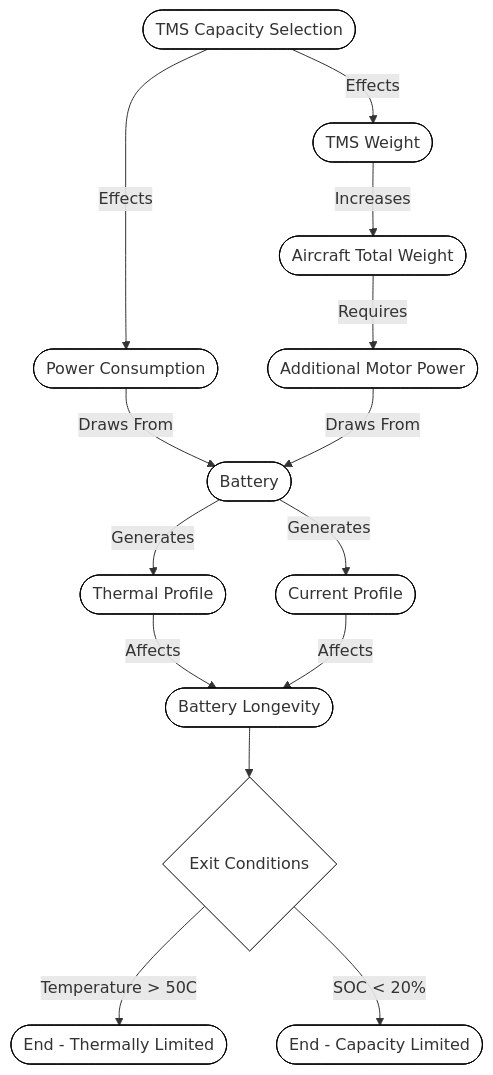
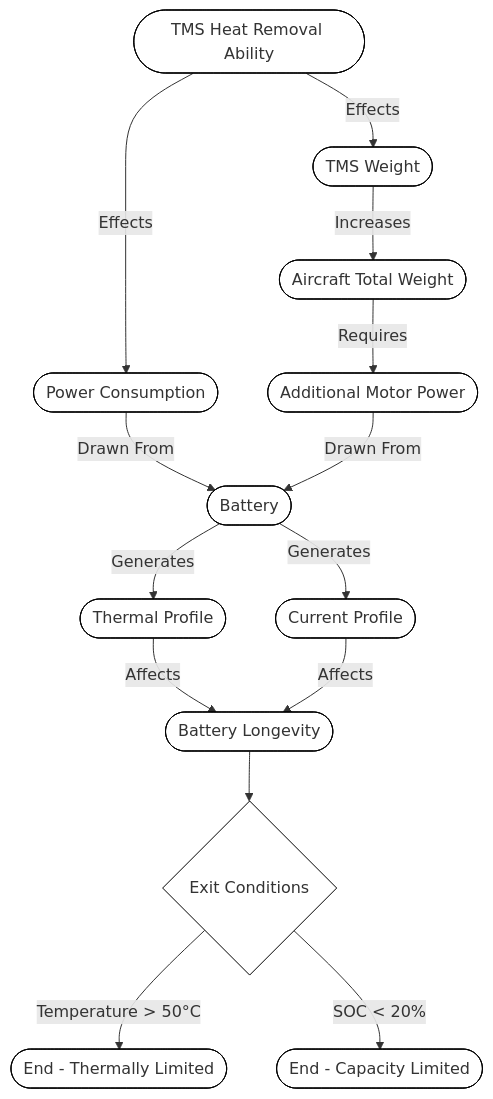
Before and after one commit to leadsgroup/RESEARCH: the diagram in 14_BTMS_Liqiud_Cooling/AIAA_SciTech_2025/Manuscipt/flowchart.md, drawn with Mermaid. The commit also changed 12 other files, not shown here.

````diff
--- a/14_BTMS_Liqiud_Cooling/AIAA_SciTech_2025/Manuscipt/flowchart.md
+++ b/14_BTMS_Liqiud_Cooling/AIAA_SciTech_2025/Manuscipt/flowchart.md
@@ -1,43 +1,19 @@
 ```mermaid
 graph TD
-A([TMS Capacity Selection]):::whiteBox-->|Effects|B1([Power Consumption]):::whiteBox
+A([TMS Heat Removal Ability]):::whiteBox-->|Effects|B1([Power Consumption]):::whiteBox
 A-->|Effects|B2([TMS Weight]):::whiteBox
 B2-->|Increases|C1([Aircraft Total Weight]):::whiteBox
 C1-->|Requires|C2([Additional Motor Power]):::whiteBox
-B1-->|Draws From|D([Battery]):::whiteBox
-C2-->|Draws From|D
+B1-->|Drawn From|D([Battery]):::whiteBox
+C2-->|Drawn From|D
 D-->|Generates|E1([Thermal Profile]):::whiteBox
 D-->|Generates|E2([Current Profile]):::whiteBox
 E1-->|Affects|F([Battery Longevity]):::whiteBox
 E2-->|Affects|F
 F-->G{Exit Conditions}:::whiteDiamond
-G-->|Temperature > 50C|H1([End - Thermally Limited]):::whiteBox
-G-->|SOC < 20%|H2([End - Capacity Limited]):::whiteBox
-
+G -->|"Temperature > 50°C"| H1([End - Thermally Limited]):::whiteBox
+G -->|SOC < 20%| H2([End - Capacity Limited]):::whiteBox
 
 classDef whiteBox fill:#ffffff,stroke:#000000,stroke-width:1px;
 classDef whiteDiamond fill:#ffffff,stroke:#000000,stroke-width:1px;
-
-
-
-
-
-
-
-
-
-
-
-
-
-
-
-
-
-
-
-
-
-
-
 ```
````
